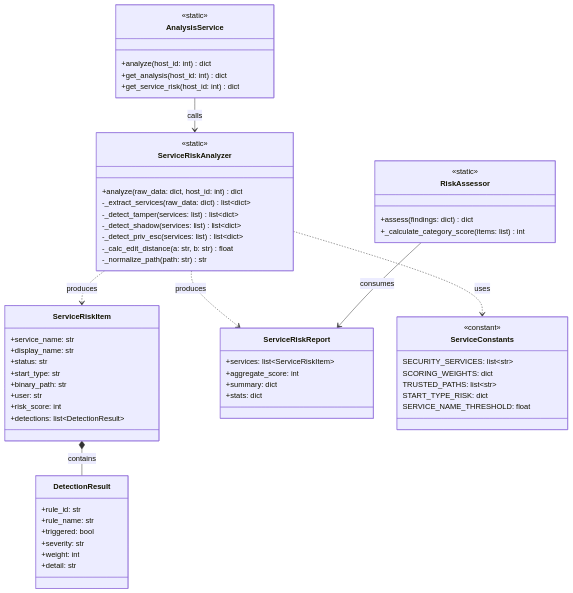
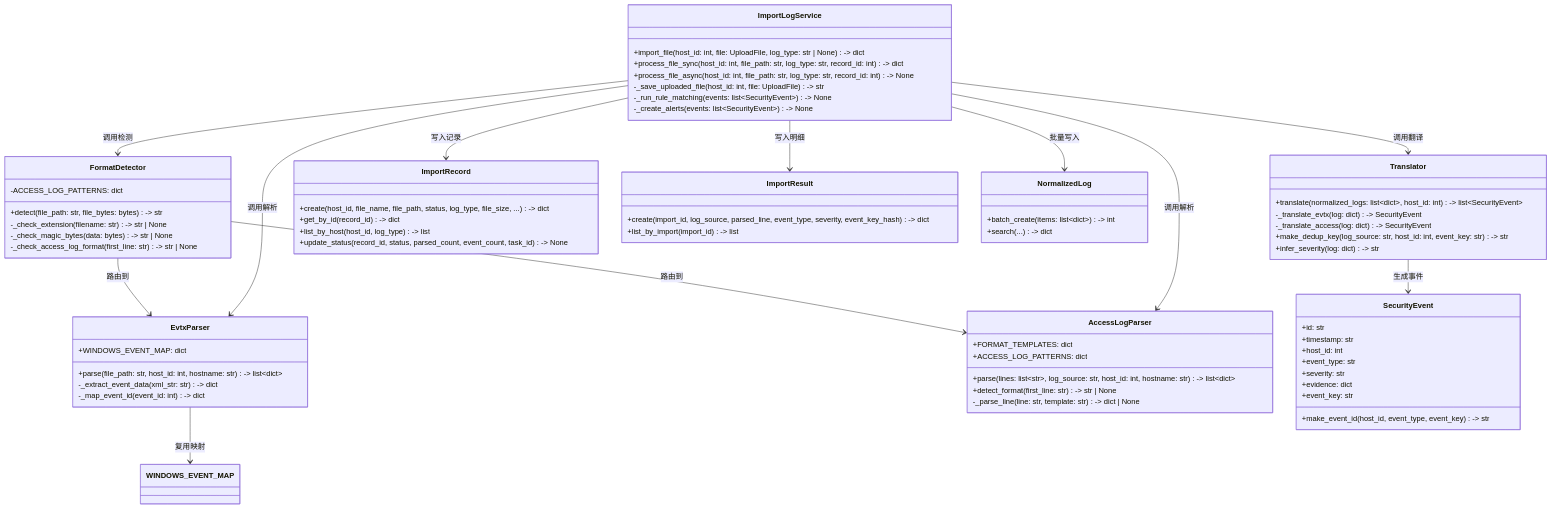
One commit to xyz0915/ir-platform changed the first of 3 diagrams in docs/system_design.md. Above: the diagram before and after it, drawn with Mermaid. The commit also changed other lines of this file and 130 other files, not shown here.

````diff
--- a/docs/system_design.md
+++ b/docs/system_design.md
@@ -96,69 +102,82 @@
 ```mermaid
 classDiagram
-    class ServiceRiskAnalyzer {
-        <<static>>
-        +analyze(raw_data: dict, host_id: int) dict
-        -_extract_services(raw_data: dict) list~dict~
-        -_detect_tamper(services: list) list~dict~
-        -_detect_shadow(services: list) list~dict~
-        -_detect_priv_esc(services: list) list~dict~
-        -_calc_edit_distance(a: str, b: str) float
-        -_normalize_path(path: str) str
+    class FormatDetector {
+        +detect(file_path: str, file_bytes: bytes) -> str
+        -_check_extension(filename: str) -> str | None
+        -_check_magic_bytes(data: bytes) -> str | None
+        -_check_access_log_format(first_line: str) -> str | None
+        -ACCESS_LOG_PATTERNS: dict
     }
 
-    class ServiceRiskItem {
-        +service_name: str
-        +display_name: str
-        +status: str
-        +start_type: str
-        +binary_path: str
-        +user: str
-        +risk_score: int
-        +detections: list~DetectionResult~
+    class EvtxParser {
+        +parse(file_path: str, host_id: int, hostname: str) -> list~dict~
+        -_extract_event_data(xml_str: str) -> dict
+        -_map_event_id(event_id: int) -> dict
+        +WINDOWS_EVENT_MAP: dict
     }
 
-    class DetectionResult {
-        +rule_id: str
-        +rule_name: str
-        +triggered: bool
-        +severity: str
-        +weight: int
-        +detail: str
+    class AccessLogParser {
+        +parse(lines: list~str~, log_source: str, host_id: int, hostname: str) -> list~dict~
+        +detect_format(first_line: str) -> str | None
+        -_parse_line(line: str, template: str) -> dict | None
+        +FORMAT_TEMPLATES: dict
+        +ACCESS_LOG_PATTERNS: dict
     }
 
-    class ServiceRiskReport {
-        +services: list~ServiceRiskItem~
-        +aggregate_score: int
-        +summary: dict
-        +stats: dict
+    class Translator {
+        +translate(normalized_logs: list~dict~, host_id: int) -> list~SecurityEvent~
+        -_translate_evtx(log: dict) -> SecurityEvent
+        -_translate_access(log: dict) -> SecurityEvent
+        +make_dedup_key(log_source: str, host_id: int, event_key: str) -> str
+        +infer_severity(log: dict) -> str
     }
 
-    class RiskAssessor {
-        <<static>>
-        +assess(findings: dict) dict
-        +_calculate_category_score(items: list) int
+    class ImportLogService {
+        +import_file(host_id: int, file: UploadFile, log_type: str | None) -> dict
+        +process_file_sync(host_id: int, file_path: str, log_type: str, record_id: int) -> dict
+        +process_file_async(host_id: int, file_path: str, log_type: str, record_id: int) -> None
+        -_save_uploaded_file(host_id: int, file: UploadFile) -> str
+        -_run_rule_matching(events: list~SecurityEvent~) -> None
+        -_create_alerts(events: list~SecurityEvent~) -> None
     }
 
-    class AnalysisService {
-        <<static>>
-        +analyze(host_id: int) dict
-        +get_analysis(host_id: int) dict
-        +get_service_risk(host_id: int) dict
+    class ImportRecord {
+        +create(host_id, file_name, file_path, status, log_type, file_size, ...) -> dict
+        +get_by_id(record_id) -> dict
+        +list_by_host(host_id, log_type) -> list
+        +update_status(record_id, status, parsed_count, event_count, task_id) -> None
     }
 
-    class ServiceConstants {
-        <<constant>>
-        SECURITY_SERVICES: list~str~
-        SCORING_WEIGHTS: dict
-        TRUSTED_PATHS: list~str~
-        START_TYPE_RISK: dict
-        SERVICE_NAME_THRESHOLD: float
+    class ImportResult {
+        +create(import_id, log_source, parsed_line, event_type, severity, event_key_hash) -> dict
+        +list_by_import(import_id) -> list
     }
 
-    ServiceRiskAnalyzer ..> ServiceRiskItem : produces
-    ServiceRiskItem *-- DetectionResult : contains
-    ServiceRiskAnalyzer ..> ServiceRiskReport : produces
-    ServiceRiskAnalyzer ..> ServiceConstants : uses
-    AnalysisService --> ServiceRiskAnalyzer : calls
-    RiskAssessor --> ServiceRiskReport : consumes
+    class NormalizedLog {
+        +batch_create(items: list~dict~) -> int
+        +search(...) -> dict
+    }
+
+    class SecurityEvent {
+        +id: str
+        +timestamp: str
+        +host_id: int
+        +event_type: str
+        +severity: str
+        +evidence: dict
+        +event_key: str
+        +make_event_id(host_id, event_type, event_key) -> str
+    }
+
+    FormatDetector --> EvtxParser : 路由到
+    FormatDetector --> AccessLogParser : 路由到
+    ImportLogService --> FormatDetector : 调用检测
+    ImportLogService --> EvtxParser : 调用解析
+    ImportLogService --> AccessLogParser : 调用解析
+    ImportLogService --> Translator : 调用翻译
+    ImportLogService --> ImportRecord : 写入记录
+    ImportLogService --> ImportResult : 写入明细
+    ImportLogService --> NormalizedLog : 批量写入
+    Translator --> SecurityEvent : 生成事件
+    EvtxParser --> WINDOWS_EVENT_MAP : 复用映射
 ```
````
